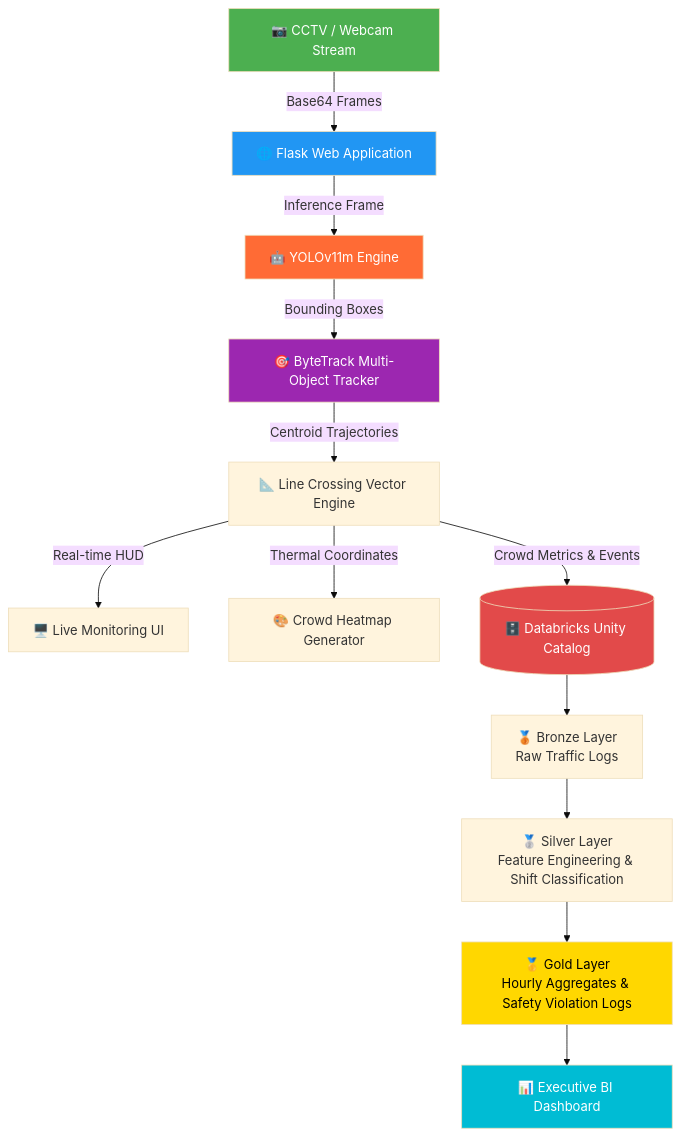
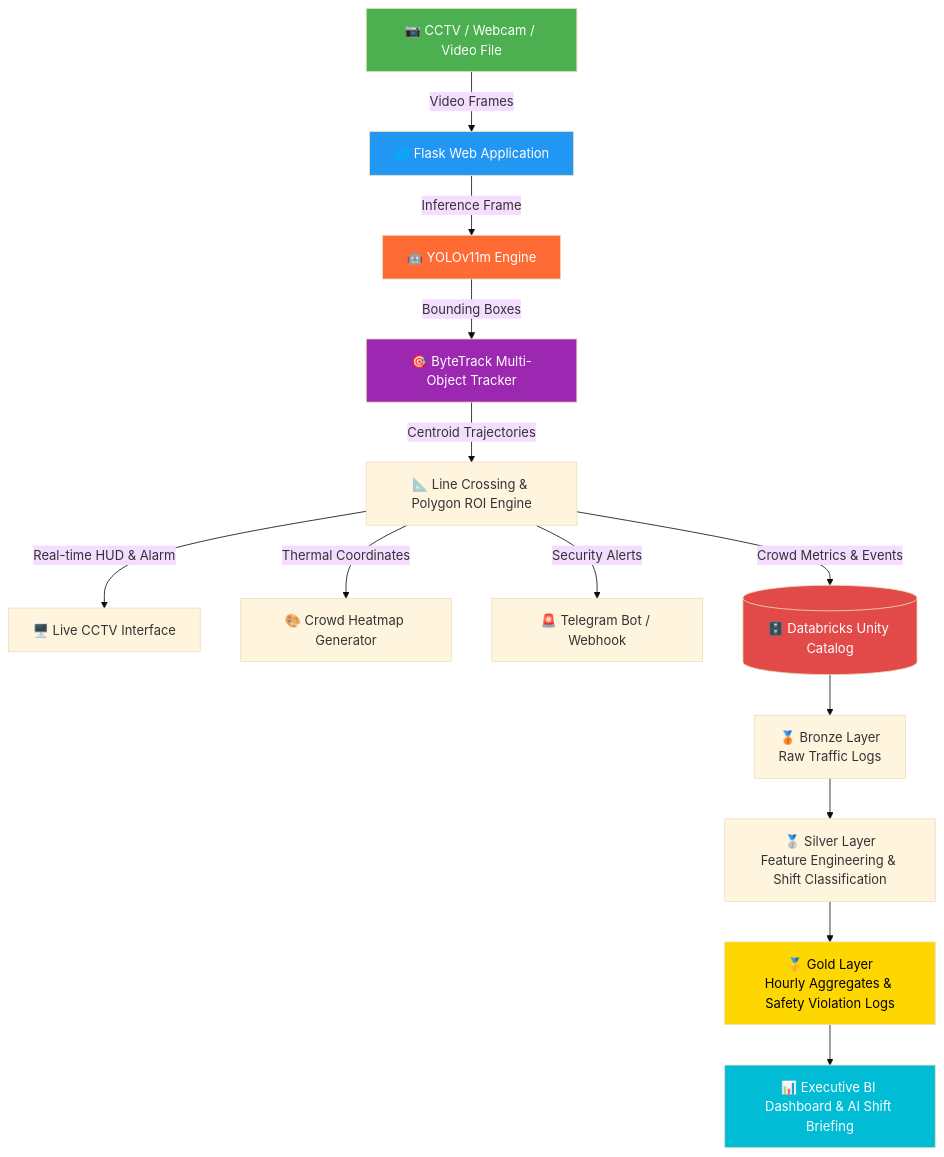
Before and after one commit to MinHung1411/smartcrowd-visionai: the diagram in README.md, drawn with Mermaid (base theme). The commit also changed other lines of this file and 10 other files, not shown here.

Commit message:
feat: complete end-to-end SmartCrowd platform with video analytics, polygon ROI virtual fence, and incident alerting dispatcher

````diff
--- a/README.md
+++ b/README.md
@@ -64,25 +72,26 @@
 ```mermaid
 graph TD
-    A[📷 CCTV / Webcam Stream] -->|Base64 Frames| B[🌐 Flask Web Application]
+    A[📷 CCTV / Webcam / Video File] -->|Video Frames| B[🌐 Flask Web Application]
     B -->|Inference Frame| C[🤖 YOLOv11m Engine]
     C -->|Bounding Boxes| D[🎯 ByteTrack Multi-Object Tracker]
-    D -->|Centroid Trajectories| E[📐 Line Crossing Vector Engine]
+    D -->|Centroid Trajectories| E[📐 Line Crossing & Polygon ROI Engine]
     
-    E -->|Real-time HUD| F[🖥️ Live Monitoring UI]
+    E -->|Real-time HUD & Alarm| F[🖥️ Live CCTV Interface]
     E -->|Thermal Coordinates| G[🎨 Crowd Heatmap Generator]
+    E -->|Security Alerts| H[🚨 Telegram Bot / Webhook]
     
-    E -->|Crowd Metrics & Events| H[(🗄️ Databricks Unity Catalog)]
+    E -->|Crowd Metrics & Events| I[(🗄️ Databricks Unity Catalog)]
     
-    H --> I[🥉 Bronze Layer<br/>Raw Traffic Logs]
-    I --> J[🥈 Silver Layer<br/>Feature Engineering & Shift Classification]
-    J --> K[🥇 Gold Layer<br/>Hourly Aggregates & Safety Violation Logs]
-    K --> L[📊 Executive BI Dashboard]
+    I --> J[🥉 Bronze Layer<br/>Raw Traffic Logs]
+    J --> K[🥈 Silver Layer<br/>Feature Engineering & Shift Classification]
+    K --> L[🥇 Gold Layer<br/>Hourly Aggregates & Safety Violation Logs]
+    L --> M[📊 Executive BI Dashboard & AI Shift Briefing]
 
     style A fill:#4CAF50,color:#fff
     style B fill:#2196F3,color:#fff
     style C fill:#FF6B35,color:#fff
     style D fill:#9C27B0,color:#fff
-    style H fill:#E24A4A,color:#fff
-    style K fill:#FFD700,color:#000
-    style L fill:#00BCD4,color:#fff
+    style I fill:#E24A4A,color:#fff
+    style L fill:#FFD700,color:#000
+    style M fill:#00BCD4,color:#fff
 ```
````
